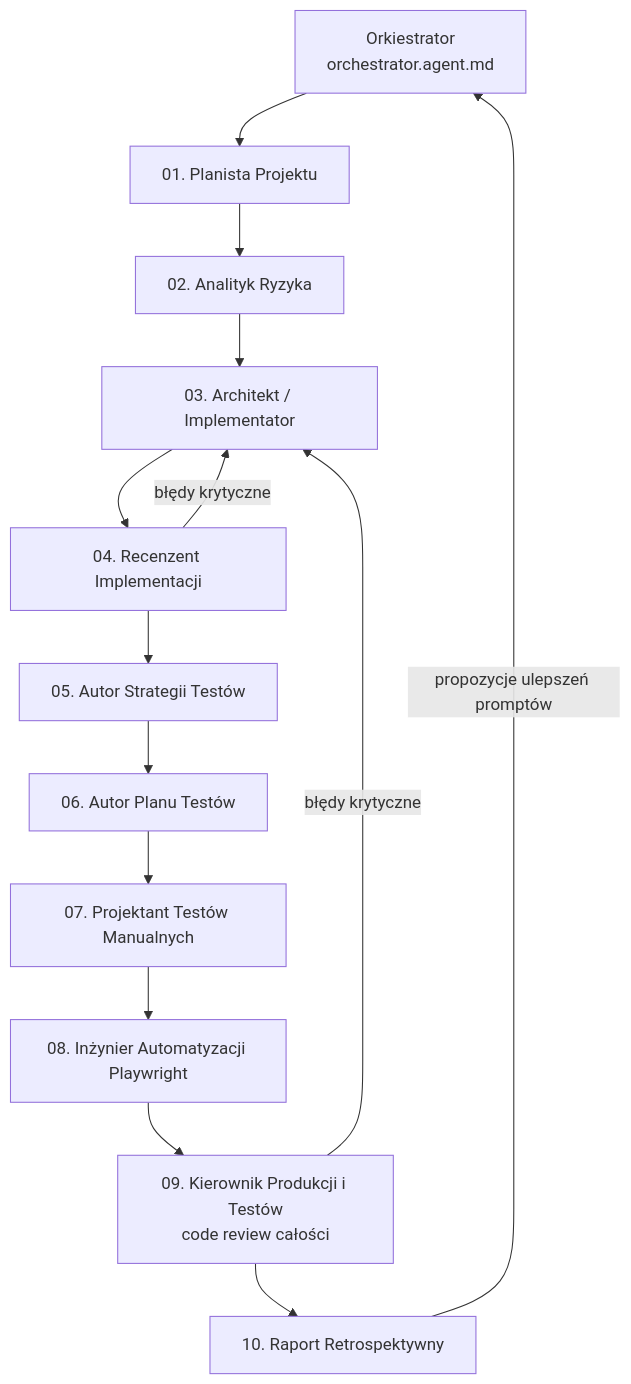
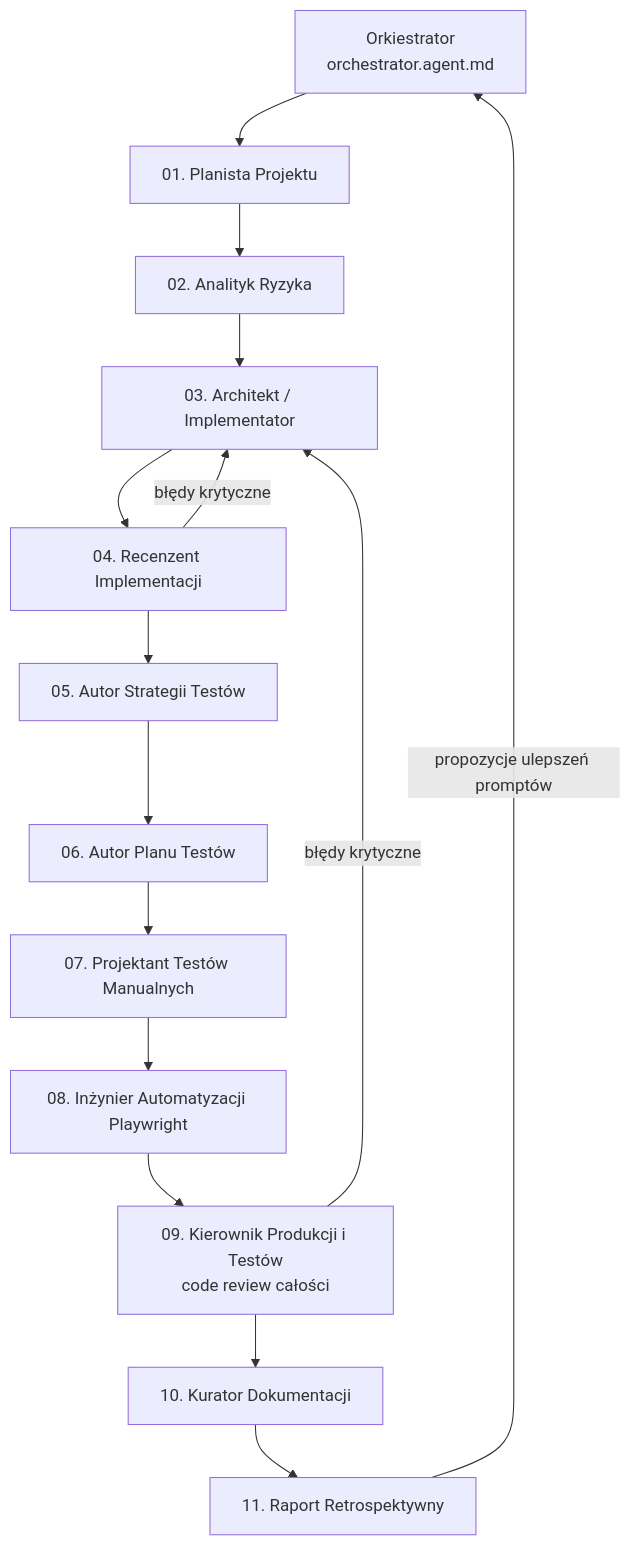
The diagram in docs/orchestration/ORCHESTRATION.md (spiggyBe/demo-use-LLM-and-script-orchestrators-Two-managers-in-one-project), drawn with Mermaid before and after one commit. The commit also changed other lines of this file and 17 other files, not shown here.

````diff
--- a/docs/orchestration/ORCHESTRATION.md
+++ b/docs/orchestration/ORCHESTRATION.md
@@ -32,16 +32,17 @@
 ```mermaid
 flowchart TD
     O[Orkiestrator<br/>orchestrator.agent.md] --> A1
     A1[01. Planista Projektu] --> A2[02. Analityk Ryzyka]
     A2 --> A3[03. Architekt / Implementator]
     A3 --> A4[04. Recenzent Implementacji]
     A4 -->|błędy krytyczne| A3
     A4 --> A5[05. Autor Strategii Testów]
     A5 --> A6[06. Autor Planu Testów]
     A6 --> A7[07. Projektant Testów Manualnych]
     A7 --> A8[08. Inżynier Automatyzacji Playwright]
     A8 --> A9[09. Kierownik Produkcji i Testów<br/>code review całości]
     A9 -->|błędy krytyczne| A3
-    A9 --> A10[10. Raport Retrospektywny]
-    A10 -->|propozycje ulepszeń promptów| O
+   A9 --> A10[10. Kurator Dokumentacji]
+   A10 --> A11[11. Raport Retrospektywny]
+   A11 -->|propozycje ulepszeń promptów| O
 ```
````
